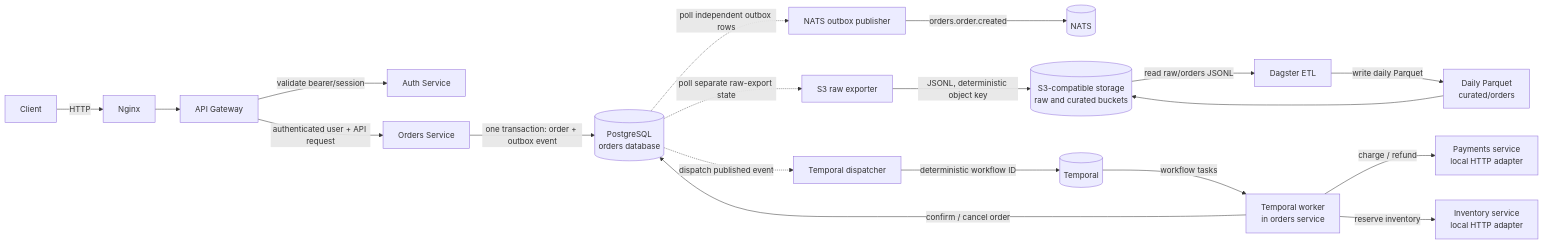
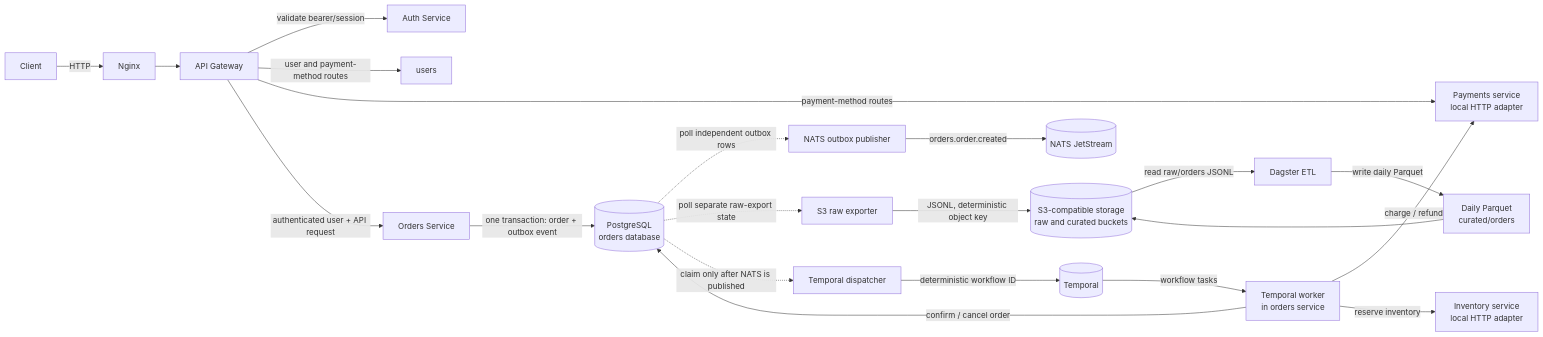
Before and after one commit to funnyMans/Node.js_Boilerplate: the first of 3 diagrams in docs/IMPLEMENTATION_WALKTHROUGH.md, drawn with Mermaid. The commit also changed other lines of this file and 73 other files, not shown here.

````diff
--- a/docs/IMPLEMENTATION_WALKTHROUGH.md
+++ b/docs/IMPLEMENTATION_WALKTHROUGH.md
@@ -32,38 +35,40 @@
 ```mermaid
 flowchart LR
     client[Client]
     nginx[Nginx]
     gateway[API Gateway]
     auth[Auth Service]
     orders[Orders Service]
     db[(PostgreSQL<br/>orders database)]
-    nats[(NATS)]
+    nats[(NATS JetStream)]
     temporal[(Temporal)]
     worker[Temporal worker<br/>in orders service]
     payment[Payments service<br/>local HTTP adapter]
     inventory[Inventory service<br/>local HTTP adapter]
     s3[(S3-compatible storage<br/>raw and curated buckets)]
     dagster[Dagster ETL]
     curated[Daily Parquet<br/>curated/orders]
 
     client -->|HTTP| nginx
     nginx --> gateway
     gateway -->|validate bearer/session| auth
+    gateway -->|user and payment-method routes| users
+    gateway -->|payment-method routes| payment
     gateway -->|authenticated user + API request| orders
     orders -->|one transaction: order + outbox event| db
 
     db -.->|poll independent outbox rows| natsPub[NATS outbox publisher]
     natsPub -->|orders.order.created| nats
     db -.->|poll separate raw-export state| exporter[S3 raw exporter]
     exporter -->|JSONL, deterministic object key| s3
-    db -.->|dispatch published event| dispatcher[Temporal dispatcher]
+    db -.->|claim only after NATS is published| dispatcher[Temporal dispatcher]
     dispatcher -->|deterministic workflow ID| temporal
     temporal -->|workflow tasks| worker
     worker -->|charge / refund| payment
     worker -->|reserve inventory| inventory
     worker -->|confirm / cancel order| db
 
     s3 -->|read raw/orders JSONL| dagster
     dagster -->|write daily Parquet| curated
     curated --> s3
 ```
````
